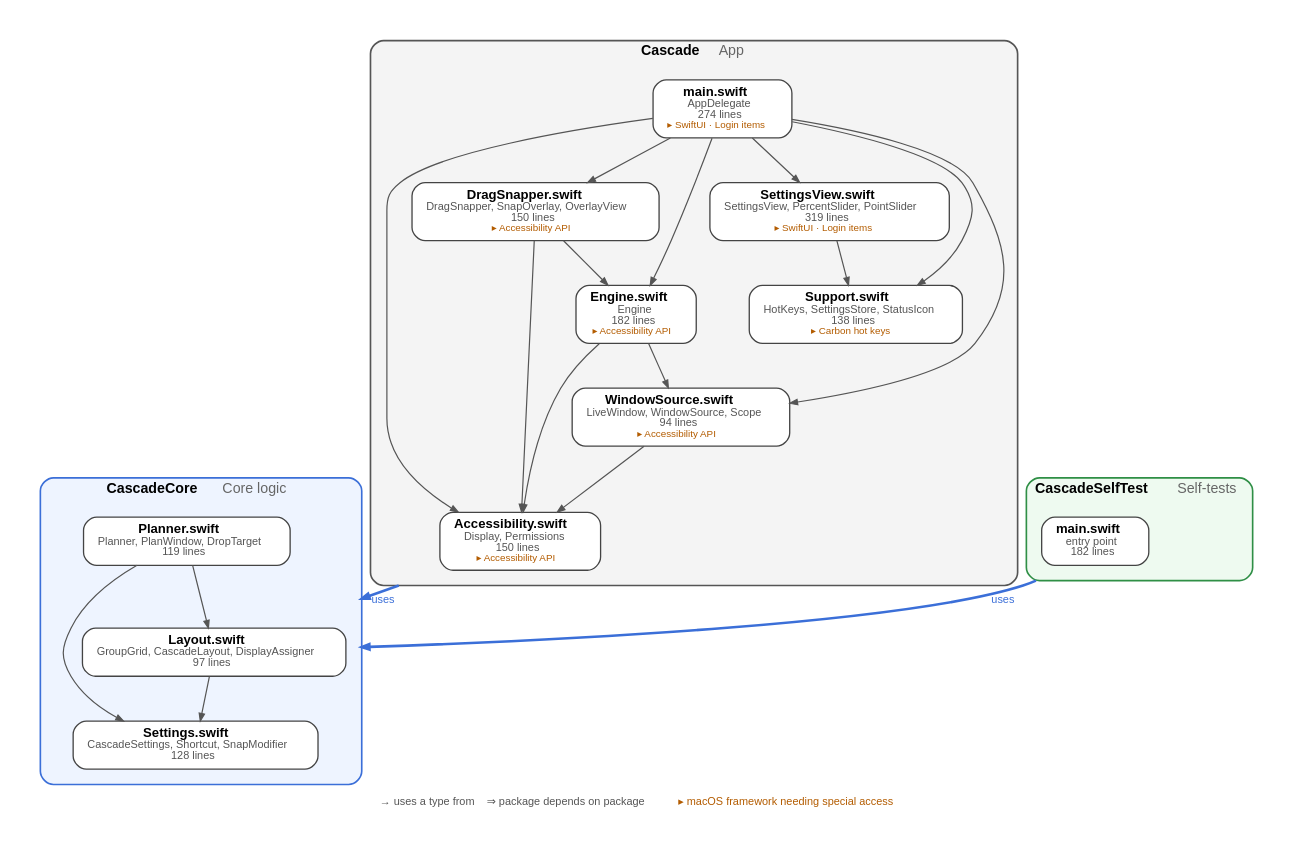
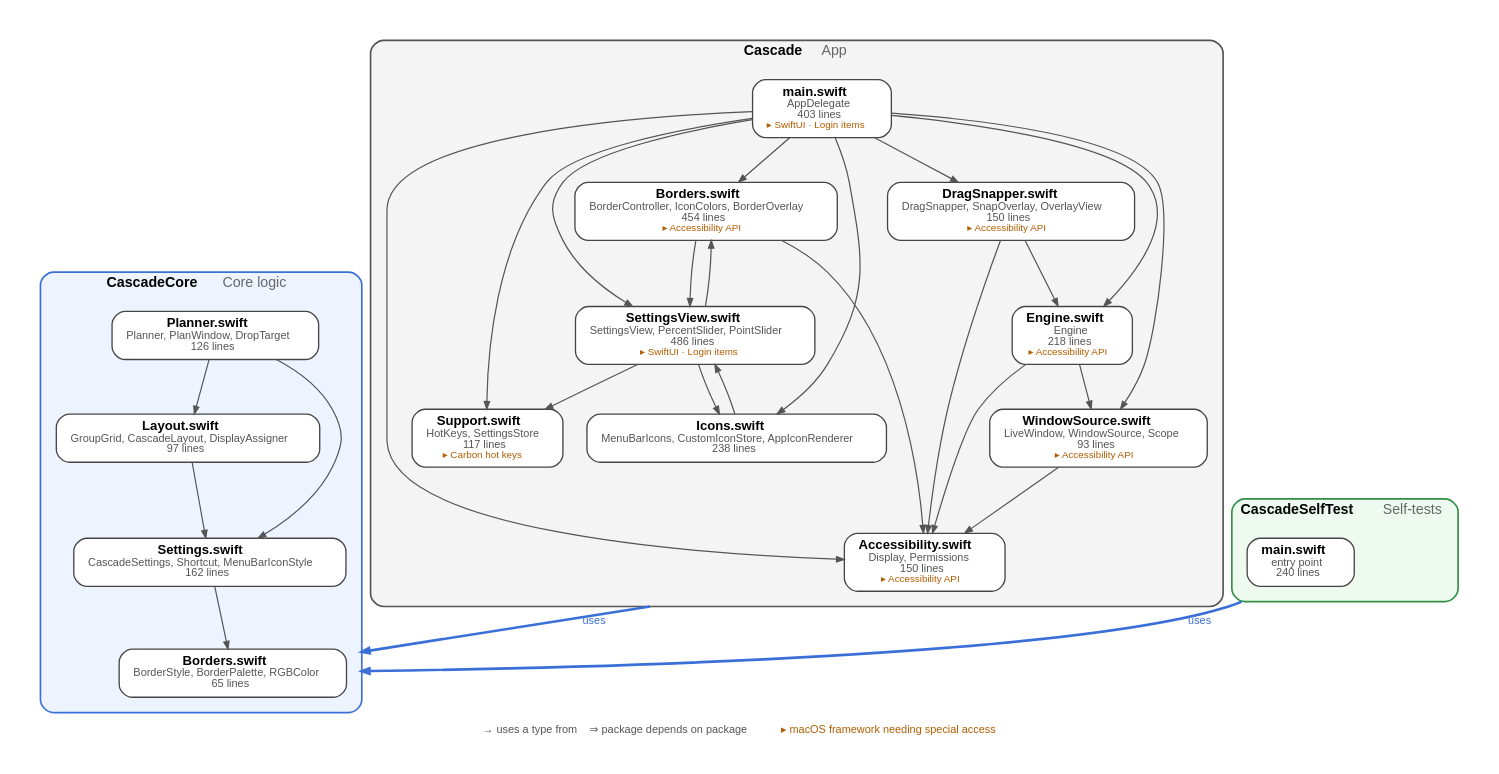
One commit to hasansayani/MacOSApps-Cascade changed the diagram in docs/code-graph.dot. Above: the diagram before and after it, drawn with Graphviz. The commit also changed 4 other files, not shown here.

First line of the commit message:
Update App Facts label

```diff
--- a/docs/code-graph.dot
+++ b/docs/code-graph.dot
@@ -1,46 +1,57 @@
 digraph Cascade {
   graph [rankdir=TB, compound=true, nodesep=0.3, ranksep=0.55, pad=0.3, bgcolor="white", fontname="Helvetica", fontsize=13];
   node [shape=box, style="rounded,filled", fillcolor=white, color="#444444", penwidth=1.2, fontname="Helvetica", fontsize=12, margin="0.18,0.08"];
   edge [color="#555555", arrowsize=0.7, penwidth=1.1];
   subgraph cluster_CascadeCore {
     label=<<b>CascadeCore</b>  <font color="#666666">Core logic</font>>;
     style="rounded,filled"; fillcolor="#eef4ff"; color="#3b6fd8"; penwidth=1.5; margin=14;
+    CascadeCore_Borders [label=<<b>Borders.swift</b><br/><font point-size="10" color="#555555">BorderStyle, BorderPalette, RGBColor<br/>65 lines</font>>];
     CascadeCore_Layout [label=<<b>Layout.swift</b><br/><font point-size="10" color="#555555">GroupGrid, CascadeLayout, DisplayAssigner<br/>97 lines</font>>];
-    CascadeCore_Planner [label=<<b>Planner.swift</b><br/><font point-size="10" color="#555555">Planner, PlanWindow, DropTarget<br/>119 lines</font>>];
-    CascadeCore_Settings [label=<<b>Settings.swift</b><br/><font point-size="10" color="#555555">CascadeSettings, Shortcut, SnapModifier<br/>128 lines</font>>];
+    CascadeCore_Planner [label=<<b>Planner.swift</b><br/><font point-size="10" color="#555555">Planner, PlanWindow, DropTarget<br/>126 lines</font>>];
+    CascadeCore_Settings [label=<<b>Settings.swift</b><br/><font point-size="10" color="#555555">CascadeSettings, Shortcut, MenuBarIconStyle<br/>162 lines</font>>];
   }
   subgraph cluster_Cascade {
     label=<<b>Cascade</b>  <font color="#666666">App</font>>;
     style="rounded,filled"; fillcolor="#f4f4f4"; color="#555555"; penwidth=1.5; margin=14;
     Cascade_Accessibility [label=<<b>Accessibility.swift</b><br/><font point-size="10" color="#555555">Display, Permissions<br/>150 lines</font><br/><font point-size="9.5" color="#b35c00">▸ Accessibility API</font>>];
+    Cascade_Borders [label=<<b>Borders.swift</b><br/><font point-size="10" color="#555555">BorderController, IconColors, BorderOverlay<br/>454 lines</font><br/><font point-size="9.5" color="#b35c00">▸ Accessibility API</font>>];
     Cascade_DragSnapper [label=<<b>DragSnapper.swift</b><br/><font point-size="10" color="#555555">DragSnapper, SnapOverlay, OverlayView<br/>150 lines</font><br/><font point-size="9.5" color="#b35c00">▸ Accessibility API</font>>];
-    Cascade_Engine [label=<<b>Engine.swift</b><br/><font point-size="10" color="#555555">Engine<br/>182 lines</font><br/><font point-size="9.5" color="#b35c00">▸ Accessibility API</font>>];
-    Cascade_SettingsView [label=<<b>SettingsView.swift</b><br/><font point-size="10" color="#555555">SettingsView, PercentSlider, PointSlider<br/>319 lines</font><br/><font point-size="9.5" color="#b35c00">▸ SwiftUI · Login items</font>>];
-    Cascade_Support [label=<<b>Support.swift</b><br/><font point-size="10" color="#555555">HotKeys, SettingsStore, StatusIcon<br/>138 lines</font><br/><font point-size="9.5" color="#b35c00">▸ Carbon hot keys</font>>];
-    Cascade_WindowSource [label=<<b>WindowSource.swift</b><br/><font point-size="10" color="#555555">LiveWindow, WindowSource, Scope<br/>94 lines</font><br/><font point-size="9.5" color="#b35c00">▸ Accessibility API</font>>];
-    Cascade_main [label=<<b>main.swift</b><br/><font point-size="10" color="#555555">AppDelegate<br/>274 lines</font><br/><font point-size="9.5" color="#b35c00">▸ SwiftUI · Login items</font>>];
+    Cascade_Engine [label=<<b>Engine.swift</b><br/><font point-size="10" color="#555555">Engine<br/>218 lines</font><br/><font point-size="9.5" color="#b35c00">▸ Accessibility API</font>>];
+    Cascade_Icons [label=<<b>Icons.swift</b><br/><font point-size="10" color="#555555">MenuBarIcons, CustomIconStore, AppIconRenderer<br/>238 lines</font>>];
+    Cascade_SettingsView [label=<<b>SettingsView.swift</b><br/><font point-size="10" color="#555555">SettingsView, PercentSlider, PointSlider<br/>486 lines</font><br/><font point-size="9.5" color="#b35c00">▸ SwiftUI · Login items</font>>];
+    Cascade_Support [label=<<b>Support.swift</b><br/><font point-size="10" color="#555555">HotKeys, SettingsStore<br/>117 lines</font><br/><font point-size="9.5" color="#b35c00">▸ Carbon hot keys</font>>];
+    Cascade_WindowSource [label=<<b>WindowSource.swift</b><br/><font point-size="10" color="#555555">LiveWindow, WindowSource, Scope<br/>93 lines</font><br/><font point-size="9.5" color="#b35c00">▸ Accessibility API</font>>];
+    Cascade_main [label=<<b>main.swift</b><br/><font point-size="10" color="#555555">AppDelegate<br/>403 lines</font><br/><font point-size="9.5" color="#b35c00">▸ SwiftUI · Login items</font>>];
   }
   subgraph cluster_CascadeSelfTest {
     label=<<b>CascadeSelfTest</b>  <font color="#666666">Self-tests</font>>;
     style="rounded,filled"; fillcolor="#eefaf0"; color="#2f8f46"; penwidth=1.5; margin=14;
-    CascadeSelfTest_main [label=<<b>main.swift</b><br/><font point-size="10" color="#555555">entry point<br/>182 lines</font>>];
+    CascadeSelfTest_main [label=<<b>main.swift</b><br/><font point-size="10" color="#555555">entry point<br/>240 lines</font>>];
   }
   labelloc=b; label=<<font point-size="10" color="#555555">→ uses a type from    ⇒ package depends on package    <font color="#b35c00">▸ macOS framework needing special access</font></font>>;
   CascadeCore_Layout -> CascadeCore_Settings;
   CascadeCore_Planner -> CascadeCore_Layout;
   CascadeCore_Planner -> CascadeCore_Settings;
+  CascadeCore_Settings -> CascadeCore_Borders;
+  Cascade_Borders -> Cascade_Accessibility;
+  Cascade_Borders -> Cascade_SettingsView;
   Cascade_DragSnapper -> Cascade_Accessibility;
   Cascade_DragSnapper -> Cascade_Engine;
   Cascade_Engine -> Cascade_Accessibility;
   Cascade_Engine -> Cascade_WindowSource;
+  Cascade_Icons -> Cascade_SettingsView;
+  Cascade_SettingsView -> Cascade_Borders;
+  Cascade_SettingsView -> Cascade_Icons;
   Cascade_SettingsView -> Cascade_Support;
   Cascade_WindowSource -> Cascade_Accessibility;
   Cascade_main -> Cascade_Accessibility;
+  Cascade_main -> Cascade_Borders;
   Cascade_main -> Cascade_DragSnapper;
   Cascade_main -> Cascade_Engine;
+  Cascade_main -> Cascade_Icons;
   Cascade_main -> Cascade_SettingsView;
   Cascade_main -> Cascade_Support;
   Cascade_main -> Cascade_WindowSource;
-  Cascade_Accessibility -> CascadeCore_Layout [ltail=cluster_Cascade, lhead=cluster_CascadeCore, penwidth=2.4, color="#3b6fd8", label=" uses ", fontname="Helvetica", fontsize=10, fontcolor="#3b6fd8"];
-  CascadeSelfTest_main -> CascadeCore_Layout [ltail=cluster_CascadeSelfTest, lhead=cluster_CascadeCore, penwidth=2.4, color="#3b6fd8", label=" uses ", fontname="Helvetica", fontsize=10, fontcolor="#3b6fd8"];
+  Cascade_Accessibility -> CascadeCore_Borders [ltail=cluster_Cascade, lhead=cluster_CascadeCore, penwidth=2.4, color="#3b6fd8", label=" uses ", fontname="Helvetica", fontsize=10, fontcolor="#3b6fd8"];
+  CascadeSelfTest_main -> CascadeCore_Borders [ltail=cluster_CascadeSelfTest, lhead=cluster_CascadeCore, penwidth=2.4, color="#3b6fd8", label=" uses ", fontname="Helvetica", fontsize=10, fontcolor="#3b6fd8"];
 }
```
